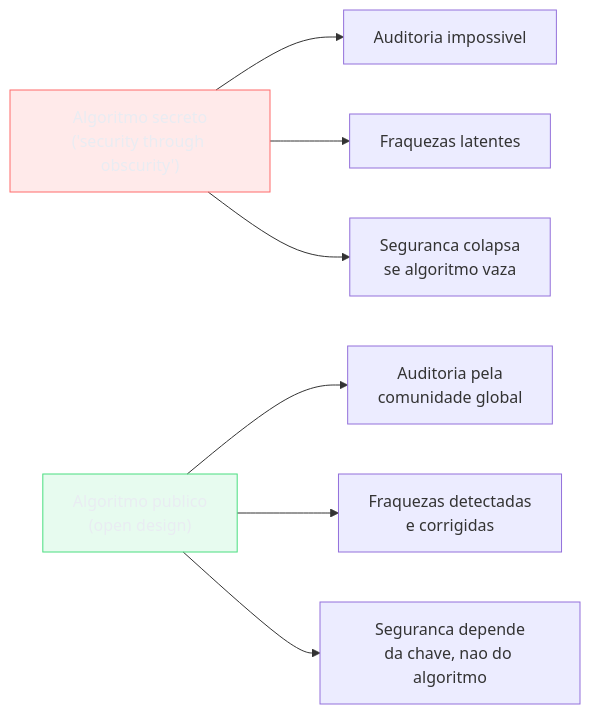
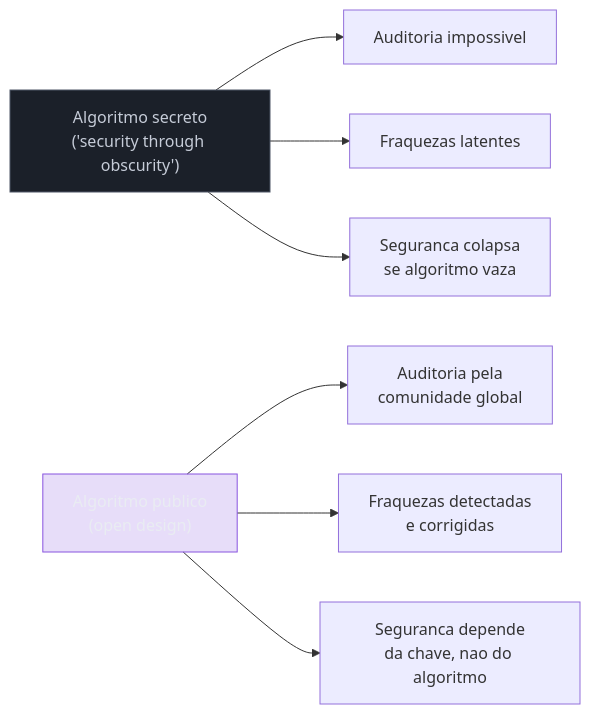
One commit to josenaldo/codex-technomanticus changed the third of 7 diagrams in 03-Dominios/Engenharia/Segurança/04 - Princípios de design seguro.md. Above: the diagram before and after it, drawn with Mermaid. The commit also changed other lines of this file and 601 other files, not shown here.

````diff
--- a/03-Dominios/Engenharia/Segurança/04 - Princípios de design seguro.md
+++ b/03-Dominios/Engenharia/Segurança/04 - Princípios de design seguro.md
@@ -148,18 +148,18 @@
 ```mermaid
 flowchart LR
-    classDef falha fill:#FF6B6B24,stroke:#FF6B6B,color:#E9ECF2
-    classDef ok fill:#4ADE8021,stroke:#4ADE80,color:#E9ECF2
+    classDef marca fill:#8855DF33,stroke:#8855DF,color:#E9ECF2
+    classDef neutro fill:#1B2029,stroke:#4E5666,color:#C6CCD8
     A["Algoritmo secreto\n('security through obscurity')"]
     B["Algoritmo publico\n(open design)"]
 
     A --> A1["Auditoria impossivel"]
     A --> A2["Fraquezas latentes"]
     A --> A3["Seguranca colapsa\nse algoritmo vaza"]
 
     B --> B1["Auditoria pela\ncomunidade global"]
     B --> B2["Fraquezas detectadas\ne corrigidas"]
     B --> B3["Seguranca depende\nda chave, nao do algoritmo"]
 
-    class A falha
-    class B ok
+    class A neutro
+    class B marca
 ```
````
